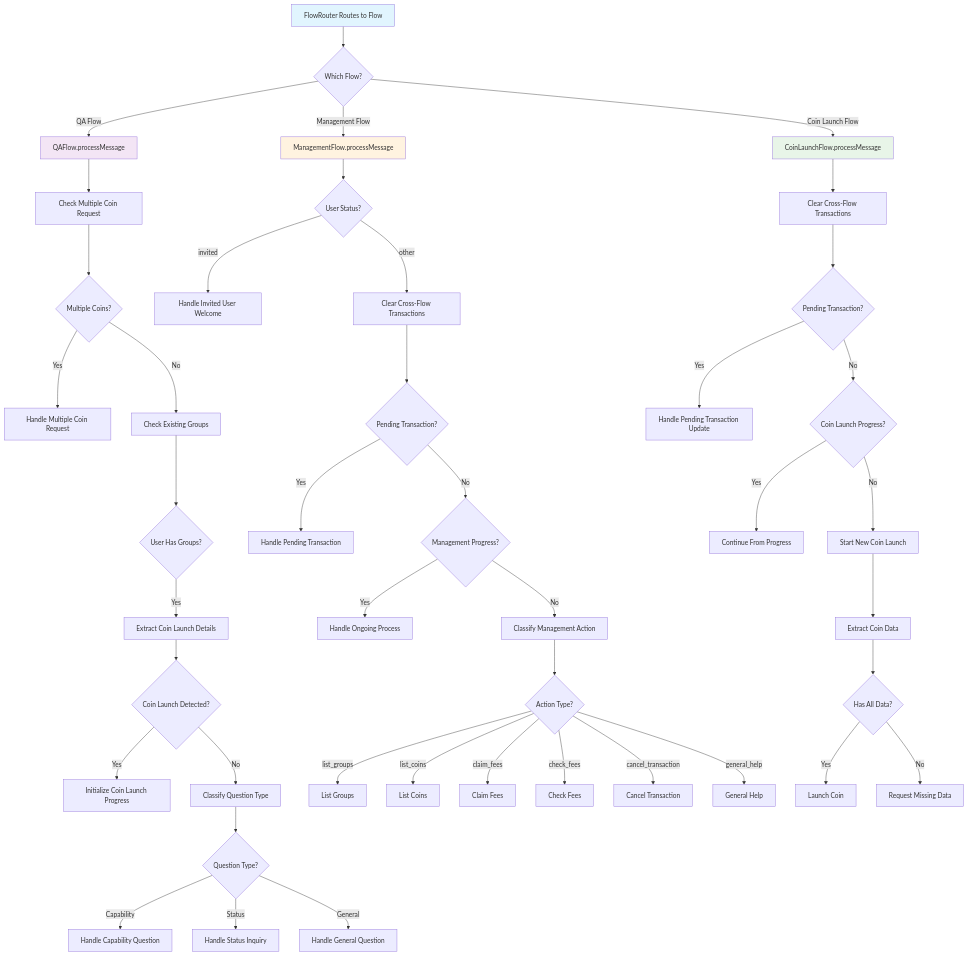
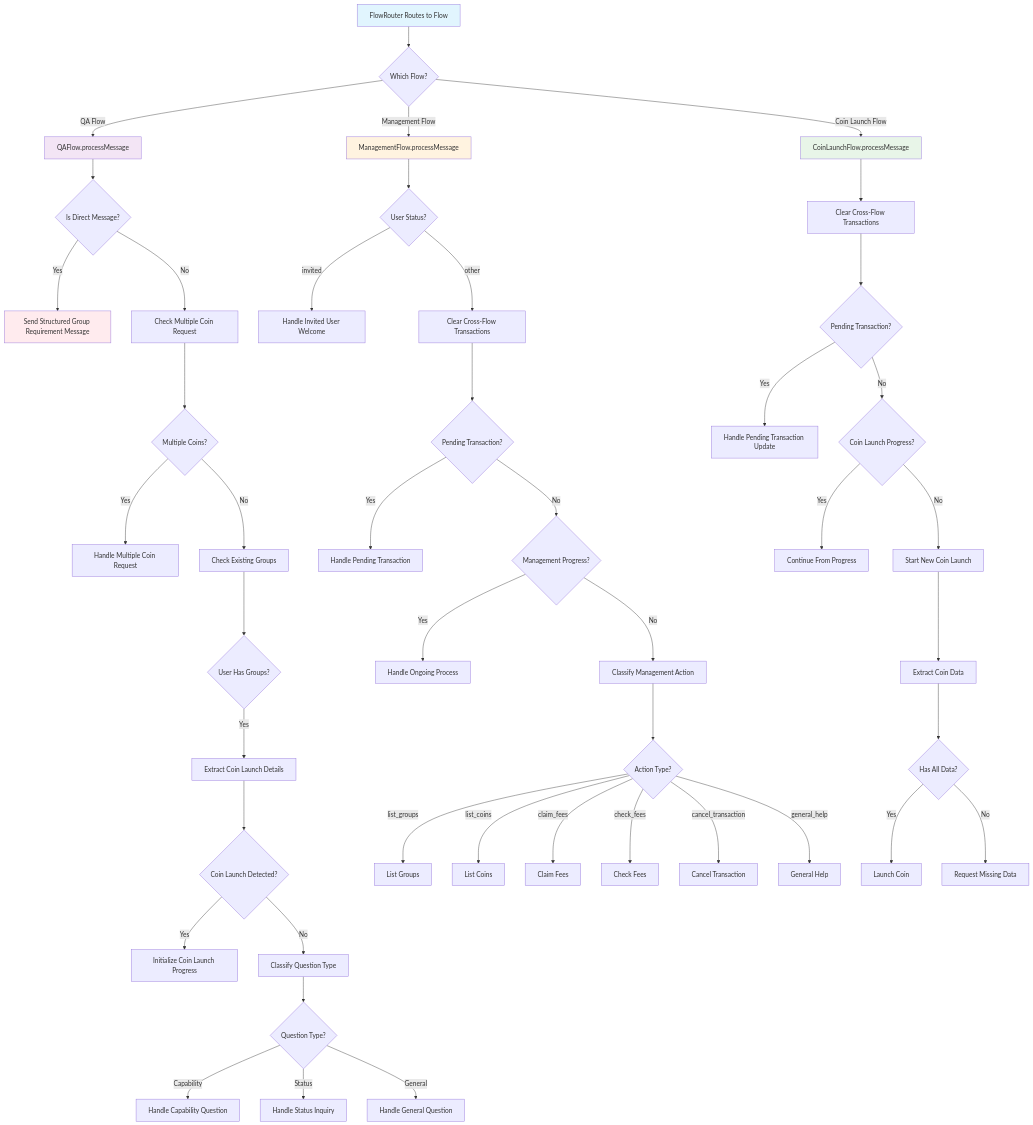
Before and after one commit to flayerlabs/xmtp-flaunchy: the seventh of 12 diagrams in SYSTEM_ARCHITECTURE.md, drawn with Mermaid. The commit also changed other lines of this file and 4 other files, not shown here.

Commit message:
handle DMs better to inform that group & coin creations only work within groups

````diff
--- a/SYSTEM_ARCHITECTURE.md
+++ b/SYSTEM_ARCHITECTURE.md
@@ -354,61 +367,65 @@
 ```mermaid
 graph TD
     A[FlowRouter Routes to Flow] --> B{Which Flow?}
 
     B -->|QA Flow| C[QAFlow.processMessage]
     B -->|Management Flow| D[ManagementFlow.processMessage]
     B -->|Coin Launch Flow| E[CoinLaunchFlow.processMessage]
 
-    C --> F[Check Multiple Coin Request]
-    F --> G{Multiple Coins?}
-    G -->|Yes| H[Handle Multiple Coin Request]
-    G -->|No| I[Check Existing Groups]
+    C --> F{Is Direct Message?}
+    F -->|Yes| G[Send Structured Group Requirement Message]
+    F -->|No| H[Check Multiple Coin Request]
 
-    I --> J{User Has Groups?}
-    J -->|Yes| K[Extract Coin Launch Details]
-    K --> L{Coin Launch Detected?}
-    L -->|Yes| M[Initialize Coin Launch Progress]
-    L -->|No| N[Classify Question Type]
+    H --> I{Multiple Coins?}
+    I -->|Yes| J[Handle Multiple Coin Request]
+    I -->|No| K[Check Existing Groups]
 
-    N --> O{Question Type?}
-    O -->|Capability| P[Handle Capability Question]
-    O -->|Status| Q[Handle Status Inquiry]
-    O -->|General| R[Handle General Question]
+    K --> L{User Has Groups?}
+    L -->|Yes| M[Extract Coin Launch Details]
+    M --> N{Coin Launch Detected?}
+    N -->|Yes| O[Initialize Coin Launch Progress]
+    N -->|No| P[Classify Question Type]
 
-    D --> S{User Status?}
-    S -->|invited| T[Handle Invited User Welcome]
-    S -->|other| U[Clear Cross-Flow Transactions]
+    P --> Q{Question Type?}
+    Q -->|Capability| R[Handle Capability Question]
+    Q -->|Status| S[Handle Status Inquiry]
+    Q -->|General| T[Handle General Question]
 
-    U --> V{Pending Transaction?}
-    V -->|Yes| W[Handle Pending Transaction]
-    V -->|No| X{Management Progress?}
+    D --> U{User Status?}
+    U -->|invited| V[Handle Invited User Welcome]
+    U -->|other| W[Clear Cross-Flow Transactions]
 
-    X -->|Yes| Y[Handle Ongoing Process]
-    X -->|No| Z[Classify Management Action]
+    W --> X{Pending Transaction?}
+    X -->|Yes| Y[Handle Pending Transaction]
+    X -->|No| Z{Management Progress?}
 
-    Z --> AA{Action Type?}
-    AA -->|list_groups| BB[List Groups]
-    AA -->|list_coins| CC[List Coins]
-    AA -->|claim_fees| DD[Claim Fees]
-    AA -->|check_fees| EE[Check Fees]
-    AA -->|cancel_transaction| FF[Cancel Transaction]
-    AA -->|general_help| GG[General Help]
+    Z -->|Yes| AA[Handle Ongoing Process]
+    Z -->|No| BB[Classify Management Action]
 
-    E --> HH[Clear Cross-Flow Transactions]
-    HH --> II{Pending Transaction?}
-    II -->|Yes| JJ[Handle Pending Transaction Update]
-    II -->|No| KK{Coin Launch Progress?}
+    BB --> CC{Action Type?}
+    CC -->|list_groups| DD[List Groups]
+    CC -->|list_coins| EE[List Coins]
+    CC -->|claim_fees| FF[Claim Fees]
+    CC -->|check_fees| GG[Check Fees]
+    CC -->|cancel_transaction| HH[Cancel Transaction]
+    CC -->|general_help| II[General Help]
 
-    KK -->|Yes| LL[Continue From Progress]
-    KK -->|No| MM[Start New Coin Launch]
+    E --> JJ[Clear Cross-Flow Transactions]
+    JJ --> KK{Pending Transaction?}
+    KK -->|Yes| LL[Handle Pending Transaction Update]
+    KK -->|No| MM{Coin Launch Progress?}
 
-    MM --> NN[Extract Coin Data]
-    NN --> OO{Has All Data?}
-    OO -->|Yes| PP[Launch Coin]
-    OO -->|No| QQ[Request Missing Data]
+    MM -->|Yes| NN[Continue From Progress]
+    MM -->|No| OO[Start New Coin Launch]
+
+    OO --> PP[Extract Coin Data]
+    PP --> QQ{Has All Data?}
+    QQ -->|Yes| RR[Launch Coin]
+    QQ -->|No| SS[Request Missing Data]
 
     style A fill:#e1f5fe
     style C fill:#f3e5f5
     style D fill:#fff3e0
     style E fill:#e8f5e8
+    style G fill:#ffebee
 ```
````
